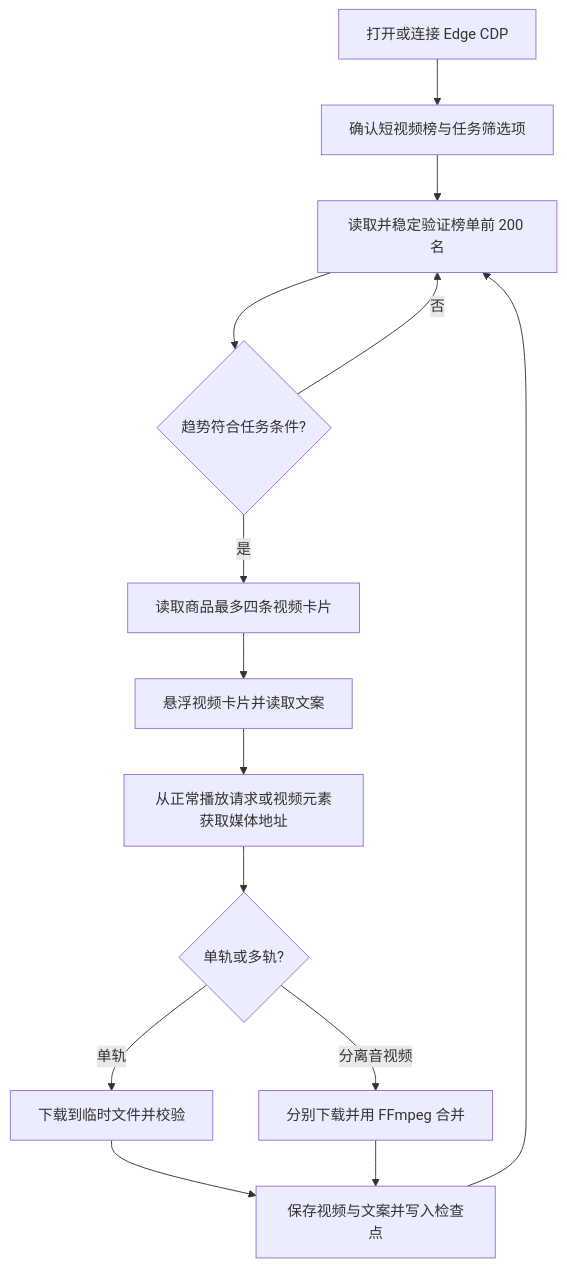
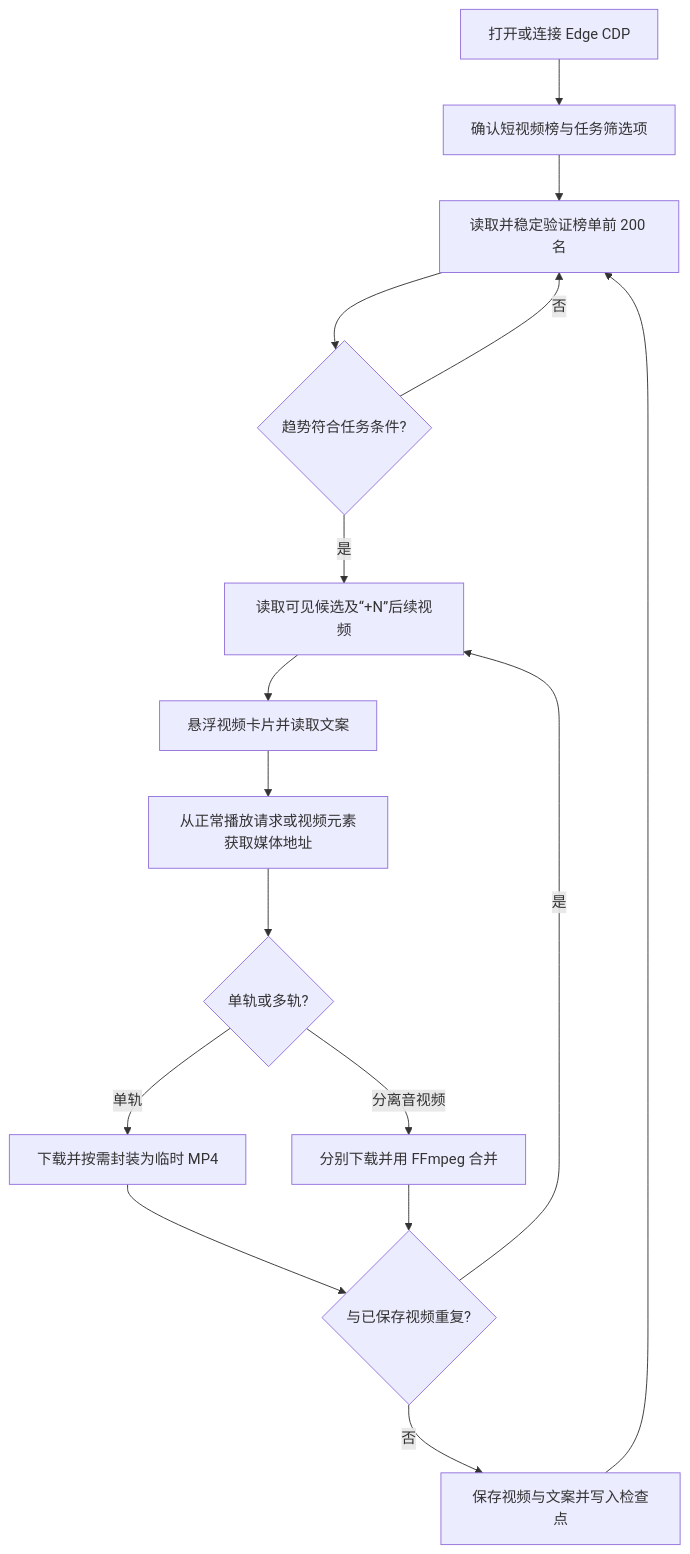
One commit to Liu771324/TikTokTOP200-LIU- changed the diagram in Tiktok video/短视频榜采集工具-需求与技术方案.md. Above: the diagram before and after it, drawn with Mermaid. The commit also changed other lines of this file and 4 other files, not shown here.

````diff
--- a/Tiktok video/短视频榜采集工具-需求与技术方案.md
+++ b/Tiktok video/短视频榜采集工具-需求与技术方案.md
@@ -117,16 +114,18 @@
 ```mermaid
 flowchart TD
   A[打开或连接 Edge CDP] --> B[确认短视频榜与任务筛选项]
   B --> C[读取并稳定验证榜单前 200 名]
   C --> D{趋势符合任务条件?}
   D -- 否 --> C
-  D -- 是 --> E[读取商品最多四条视频卡片]
+  D -- 是 --> E[读取可见候选及“+N”后续视频]
   E --> F[悬浮视频卡片并读取文案]
   F --> G[从正常播放请求或视频元素获取媒体地址]
   G --> H{单轨或多轨?}
-  H -- 单轨 --> I[下载到临时文件并校验]
+  H -- 单轨 --> I[下载并按需封装为临时 MP4]
   H -- 分离音视频 --> J[分别下载并用 FFmpeg 合并]
-  I --> K[保存视频与文案并写入检查点]
-  J --> K
+  I --> L{与已保存视频重复?}
+  J --> L
+  L -- 是 --> E
+  L -- 否 --> K[保存视频与文案并写入检查点]
   K --> C
 ```
````
